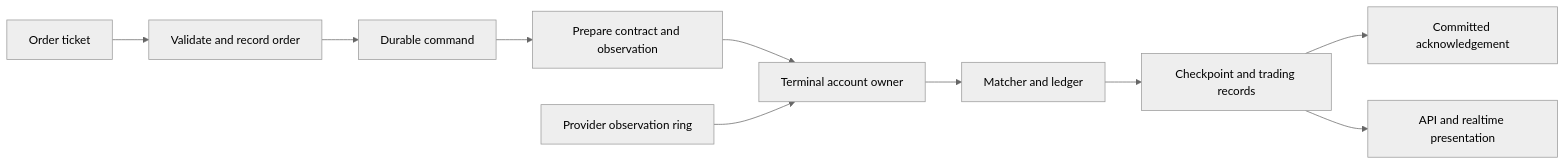
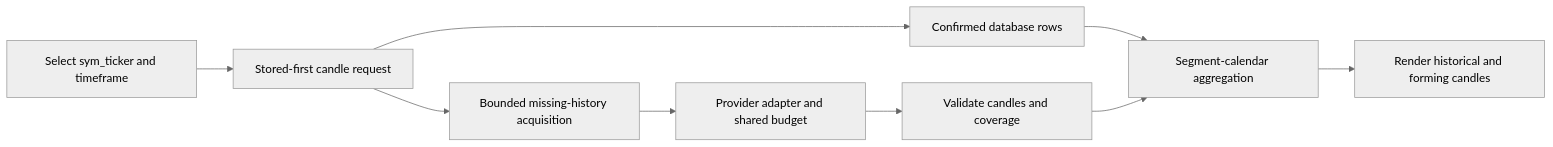
One commit to ayushkaneriya05/quantnest-platform changed the diagram in docs/trading-terminal.md. Above: the diagram before and after it, drawn with Mermaid (neutral theme). The commit also changed other lines of this file and 389 other files, not shown here.

````diff
--- a/docs/trading-terminal.md
+++ b/docs/trading-terminal.md
@@ -205,12 +118,11 @@
 ```mermaid
 flowchart LR
-  Ticket[Order ticket] --> API[Validate and record order]
-  API --> Command[Durable command]
-  Command --> Controller[Prepare contract and observation]
-  Controller --> Owner[Terminal account owner]
-  SHM[Provider observation ring] --> Owner
-  Owner --> Kernel[Matcher and ledger]
-  Kernel --> Persist[Checkpoint and trading records]
-  Persist --> Ack[Committed acknowledgement]
-  Persist --> UI[API and realtime presentation]
+    Pick[Select sym_ticker and timeframe] --> HTTP[Stored-first candle request]
+    HTTP --> Read[Confirmed database rows]
+    Read --> Buckets[Segment-calendar aggregation]
+    HTTP --> Missing[Bounded missing-history acquisition]
+    Missing --> Provider[Provider adapter and shared budget]
+    Provider --> Store[Validate candles and coverage]
+    Store --> Buckets
+    Buckets --> Browser[Render historical and forming candles]
 ```
````
